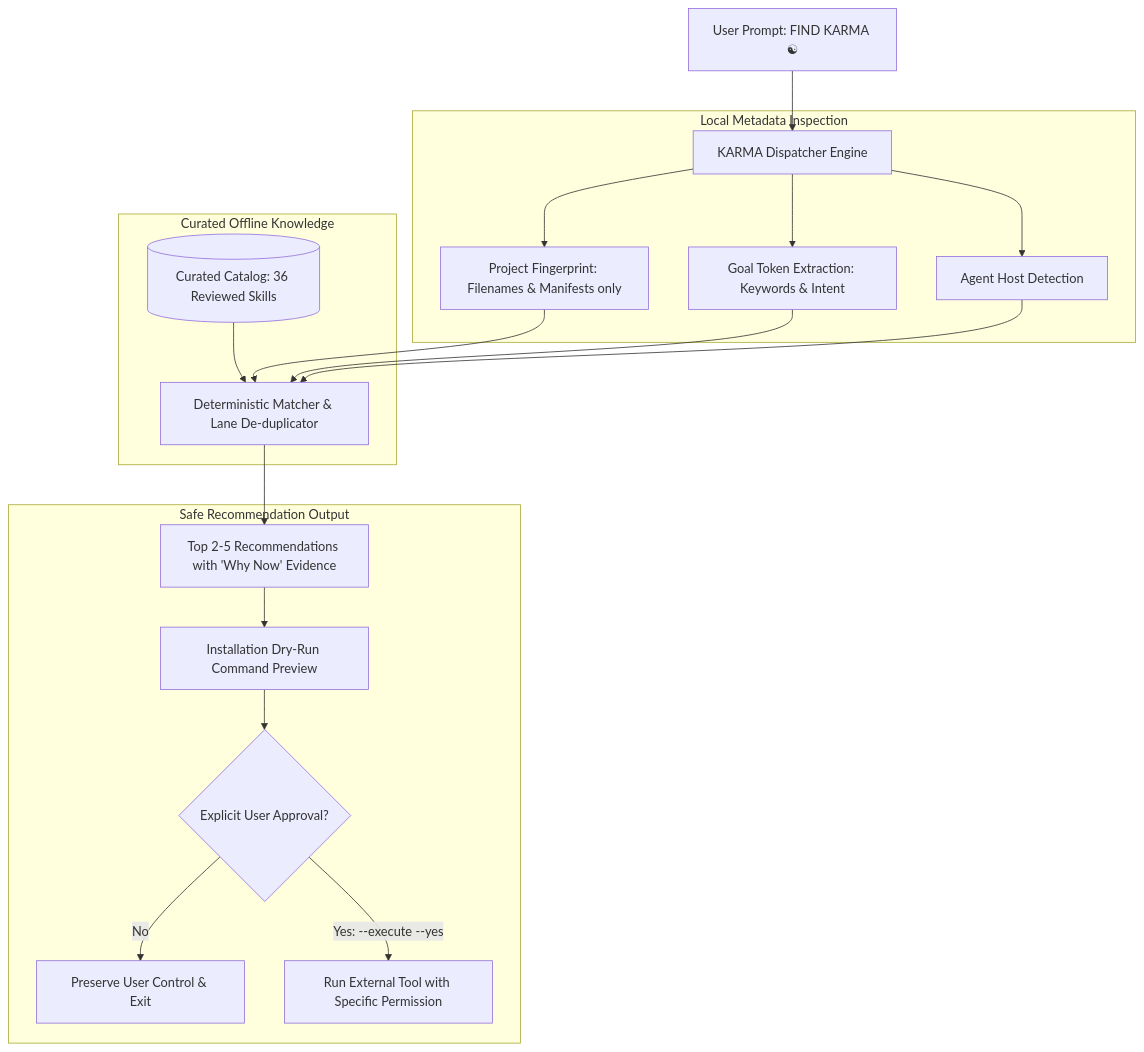
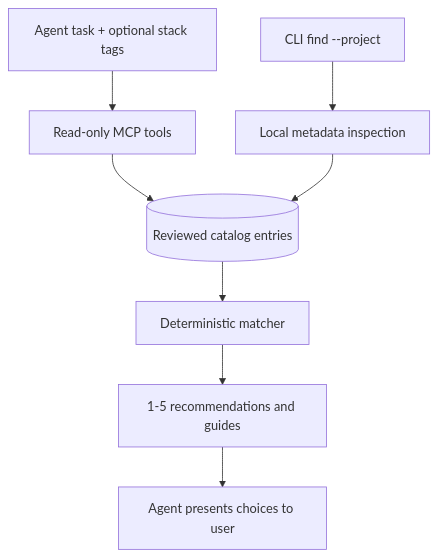
Before and after one commit to imMamdouhaboammar/karma-skill: the diagram in README.md, drawn with Mermaid. The commit also changed other lines of this file and 8 other files, not shown here.

Commit message:
feat(mcp): add read-only curated Karma advisor

````diff
--- a/README.md
+++ b/README.md
@@ -153,25 +203,10 @@
 ```mermaid
 flowchart TD
-    UserPrompt["User Prompt: FIND KARMA ☯"] --> Dispatcher["KARMA Dispatcher Engine"]
-
-    subgraph Analysis ["Local Metadata Inspection"]
-        Dispatcher --> Fingerprint["Project Fingerprint: Filenames & Manifests only"]
-        Dispatcher --> GoalTokens["Goal Token Extraction: Keywords & Intent"]
-        Dispatcher --> HostDetect["Agent Host Detection"]
-    end
-
-    subgraph CatalogEngine ["Curated Offline Knowledge"]
-        CuratedDB[("Curated Catalog: 36 Reviewed Skills")] --> Filter["Deterministic Matcher & Lane De-duplicator"]
-        Fingerprint --> Filter
-        GoalTokens --> Filter
-        HostDetect --> Filter
-    end
-
-    subgraph Recommendation ["Safe Recommendation Output"]
-        Filter --> TopK["Top 2-5 Recommendations with 'Why Now' Evidence"]
-        TopK --> Preview["Installation Dry-Run Command Preview"]
-        Preview --> Approval{"Explicit User Approval?"}
-        Approval -->|"No"| SafeStop["Preserve User Control & Exit"]
-        Approval -->|"Yes: --execute --yes"| Execute["Run External Tool with Specific Permission"]
-    end
+    Agent["Agent task + optional stack tags"] --> MCP["Read-only MCP tools"]
+    CLI["CLI find --project"] --> Scan["Local metadata inspection"]
+    MCP --> Catalog[("Reviewed catalog entries")]
+    Scan --> Catalog
+    Catalog --> Rank["Deterministic matcher"]
+    Rank --> Guides["1-5 recommendations and guides"]
+    Guides --> User["Agent presents choices to user"]
 ```
````
